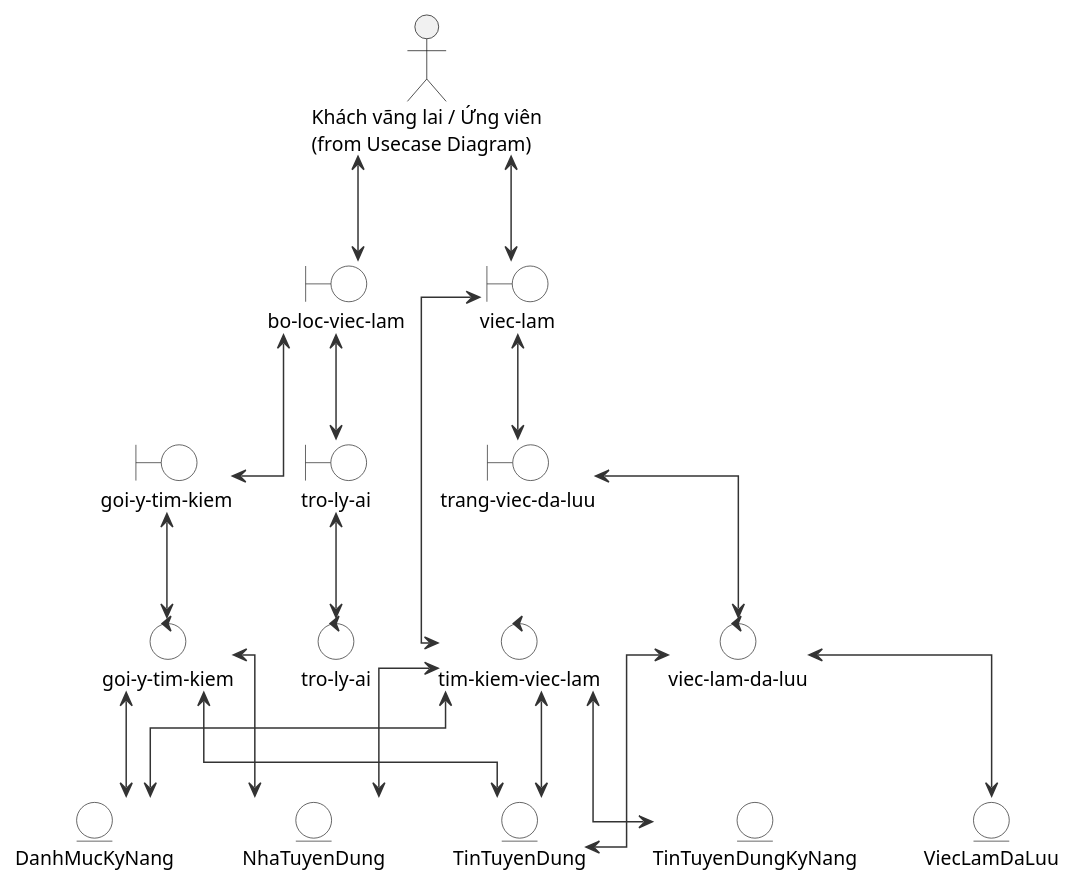
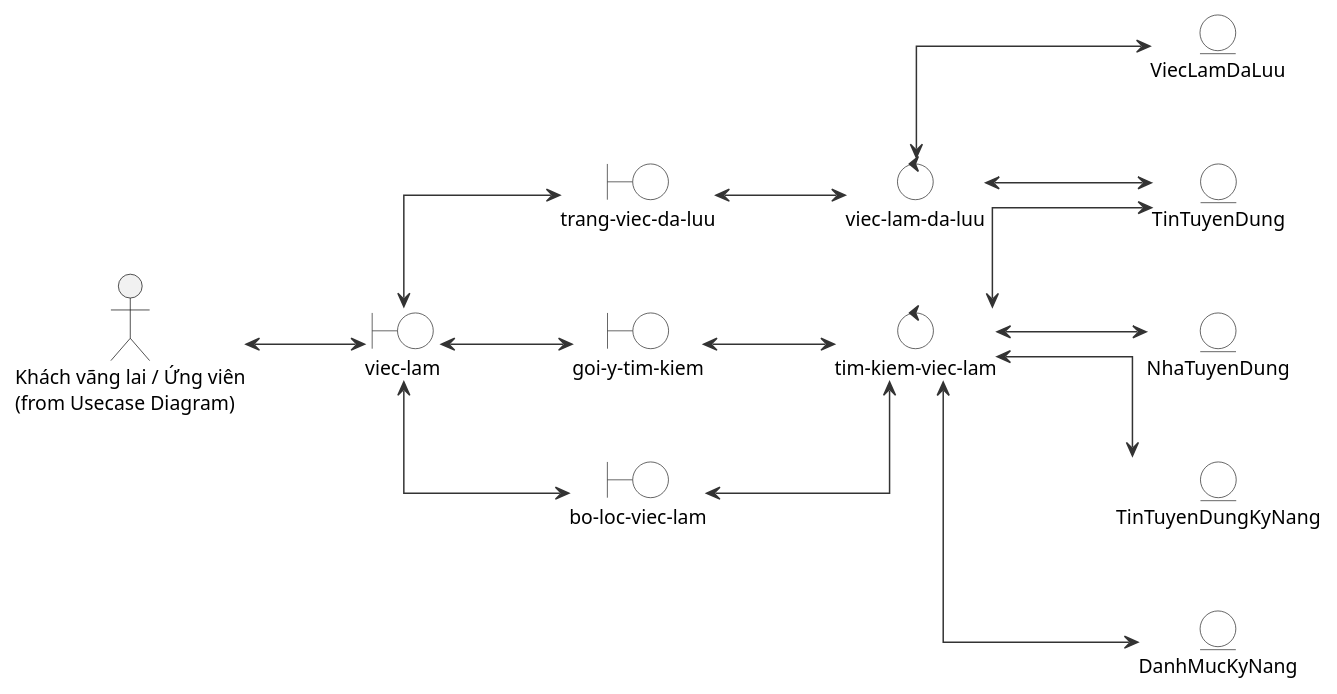
The diagram in docs/so-do/04-robustness/04-robustness-tim-kiem-viec-lam.puml (hole-six/DoAn), drawn with PlantUML before and after one commit. The commit also changed 24 other files, not shown here.

```diff
--- a/docs/so-do/04-robustness/04-robustness-tim-kiem-viec-lam.puml
+++ b/docs/so-do/04-robustness/04-robustness-tim-kiem-viec-lam.puml
@@ -1,77 +1,73 @@
 @startuml
 skinparam defaultFontName "Segoe UI"
 skinparam defaultFontSize 13
 skinparam shadowing false
 skinparam linetype ortho
-skinparam nodesep 45
-skinparam ranksep 70
-top to bottom direction
+skinparam nodesep 50
+skinparam ranksep 80
+left to right direction
 skinparam actorStyle stick
 skinparam roundcorner 8
 skinparam ArrowColor #333333
 skinparam rectangleBorderColor #333333
 skinparam boundary {
   BackgroundColor White
   BorderColor #333333
 }
 skinparam control {
   BackgroundColor White
   BorderColor #333333
 }
 skinparam entity {
   BackgroundColor White
   BorderColor #333333
 }
 
 actor "Khách vãng lai / Ứng viên\n(from Usecase Diagram)" as Actor
 
-' ── Lớp boundary (màn hình) ──
+' ── Lớp boundary ──
 together {
   boundary "viec-lam" as UI
-  boundary "bo-loc-viec-lam" as Form
+  boundary "bo-loc-viec-lam" as FilterForm
   boundary "goi-y-tim-kiem" as Suggest
-  boundary "tro-ly-ai" as AiBox
   boundary "trang-viec-da-luu" as SavedPage
 }
 
-' ── Lớp control (xử lý) ──
+' ── Lớp control ──
 together {
   control "tim-kiem-viec-lam" as Controller
-  control "goi-y-tim-kiem" as SuggestCtrl
-  control "tro-ly-ai" as AiCtrl
   control "viec-lam-da-luu" as SavedCtrl
 }
 
-' ── Lớp entity (dữ liệu) ──
+' ── Lớp entity ──
 together {
   entity "TinTuyenDung" as TinTuyenDung
   entity "TinTuyenDungKyNang" as TinTuyenDungKyNang
   entity "DanhMucKyNang" as DanhMucKyNang
   entity "NhaTuyenDung" as NhaTuyenDung
   entity "ViecLamDaLuu" as ViecLamDaLuu
 }
 
-' ── Quan hệ actor ↔ boundary ──
+' Actor vào trang chính
 Actor <--> UI
-Actor <--> Form
 
-' ── boundary ↔ boundary / control ──
-UI <--> Controller
+' Trang chính chứa các boundary con
+UI <--> FilterForm
+UI <--> Suggest
 UI <--> SavedPage
-Form <--> Suggest
-Form <--> AiBox
-Suggest <--> SuggestCtrl
-AiBox <--> AiCtrl
+
+' Tất cả boundary tìm kiếm đều qua Controller chính
+FilterForm <--> Controller
+Suggest <--> Controller
 SavedPage <--> SavedCtrl
 
-' ── control ↔ entity ──
+' Controller tìm kiếm đọc dữ liệu
 Controller <--> TinTuyenDung
 Controller <--> TinTuyenDungKyNang
 Controller <--> DanhMucKyNang
 Controller <--> NhaTuyenDung
-SuggestCtrl <--> TinTuyenDung
-SuggestCtrl <--> DanhMucKyNang
-SuggestCtrl <--> NhaTuyenDung
+
+' Controller việc đã lưu
 SavedCtrl <--> ViecLamDaLuu
 SavedCtrl <--> TinTuyenDung
 @enduml
```
